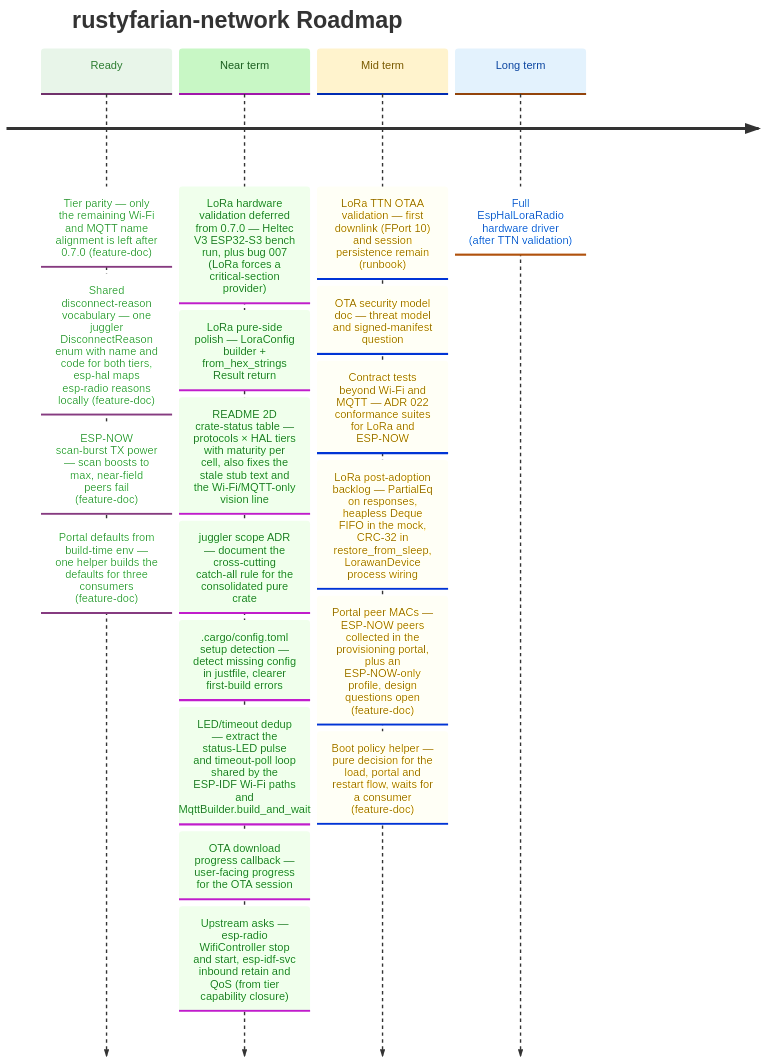
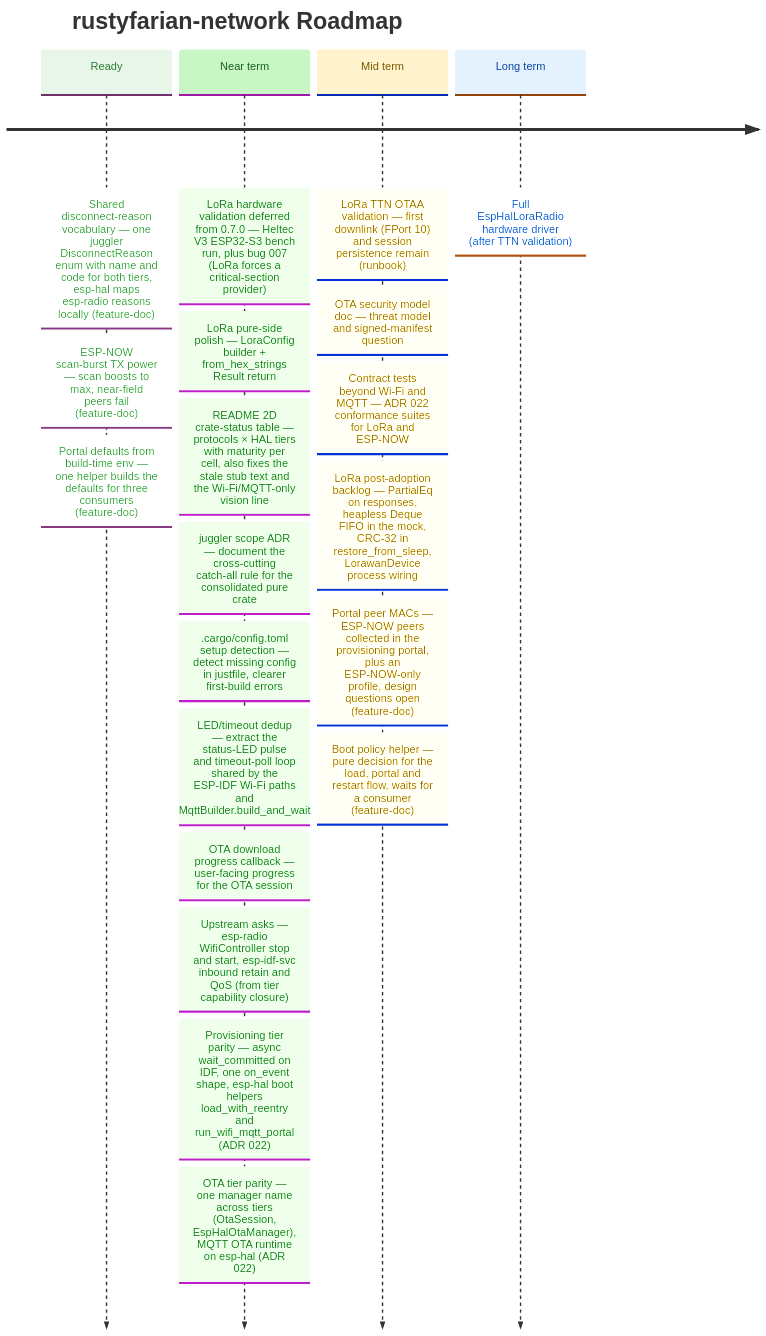
Before and after one commit to datenkollektiv/rustyfarian-network: the diagram in docs/ROADMAP.md, drawn with Mermaid. The commit also changed 26 other files, not shown here.

First line of the commit message:
Close tier parity

````diff
--- a/docs/ROADMAP.md
+++ b/docs/ROADMAP.md
@@ -15,40 +15,41 @@
 ```mermaid
 %%{init: {
   "theme": "base",
   "themeVariables": {
     "cScale0": "#e8f5e9",
     "cScaleLabel0": "#2e7d32",
     "cScale1": "#c8f7c5",
     "cScaleLabel1": "#1b5e20",
     "cScale2": "#fff3cd",
     "cScaleLabel2": "#7a5a00",
     "cScale3": "#e3f2fd",
     "cScaleLabel3": "#0d47a1"
   }
 }}%%
 
 timeline
     title rustyfarian-network Roadmap
 
-    Ready     : Tier parity — only the remaining Wi-Fi and MQTT name alignment is left after 0.7.0 (feature-doc)
-              : Shared disconnect-reason vocabulary — one juggler DisconnectReason enum with name and code for both tiers, esp-hal maps esp-radio reasons locally (feature-doc)
+    Ready     : Shared disconnect-reason vocabulary — one juggler DisconnectReason enum with name and code for both tiers, esp-hal maps esp-radio reasons locally (feature-doc)
               : ESP-NOW scan-burst TX power — scan boosts to max, near-field peers fail (feature-doc)
               : Portal defaults from build-time env — one helper builds the defaults for three consumers (feature-doc)
     Near term : LoRa hardware validation deferred from 0.7.0 — Heltec V3 ESP32-S3 bench run, plus bug 007 (LoRa forces a critical-section provider)
               : LoRa pure-side polish — LoraConfig builder + from_hex_strings Result return
               : README 2D crate-status table — protocols × HAL tiers with maturity per cell, also fixes the stale stub text and the Wi-Fi/MQTT-only vision line
               : juggler scope ADR — document the cross-cutting catch-all rule for the consolidated pure crate
               : .cargo/config.toml setup detection — detect missing config in justfile, clearer first-build errors
               : LED/timeout dedup — extract the status-LED pulse and timeout-poll loop shared by the ESP-IDF Wi-Fi paths and MqttBuilder.build_and_wait
               : OTA download progress callback — user-facing progress for the OTA session
               : Upstream asks — esp-radio WifiController stop and start, esp-idf-svc inbound retain and QoS (from tier capability closure)
+              : Provisioning tier parity — async wait_committed on IDF, one on_event shape, esp-hal boot helpers load_with_reentry and run_wifi_mqtt_portal (ADR 022)
+              : OTA tier parity — one manager name across tiers (OtaSession, EspHalOtaManager), MQTT OTA runtime on esp-hal (ADR 022)
 
     Mid term  : LoRa TTN OTAA validation — first downlink (FPort 10) and session persistence remain (runbook)
               : OTA security model doc — threat model and signed-manifest question
               : Contract tests beyond Wi-Fi and MQTT — ADR 022 conformance suites for LoRa and ESP-NOW
               : LoRa post-adoption backlog — PartialEq on responses, heapless Deque FIFO in the mock, CRC-32 in restore_from_sleep, LorawanDevice process wiring
               : Portal peer MACs — ESP-NOW peers collected in the provisioning portal, plus an ESP-NOW-only profile, design questions open (feature-doc)
               : Boot policy helper — pure decision for the load, portal and restart flow, waits for a consumer (feature-doc)
 
     Long term : Full EspHalLoraRadio hardware driver (after TTN validation)
 ```
````
